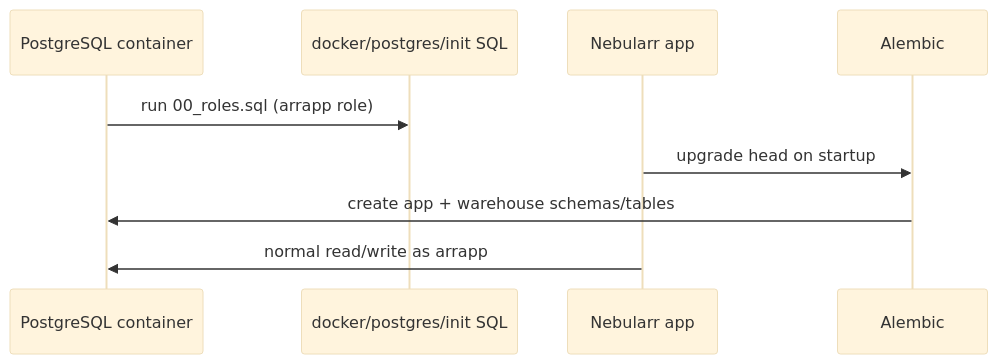
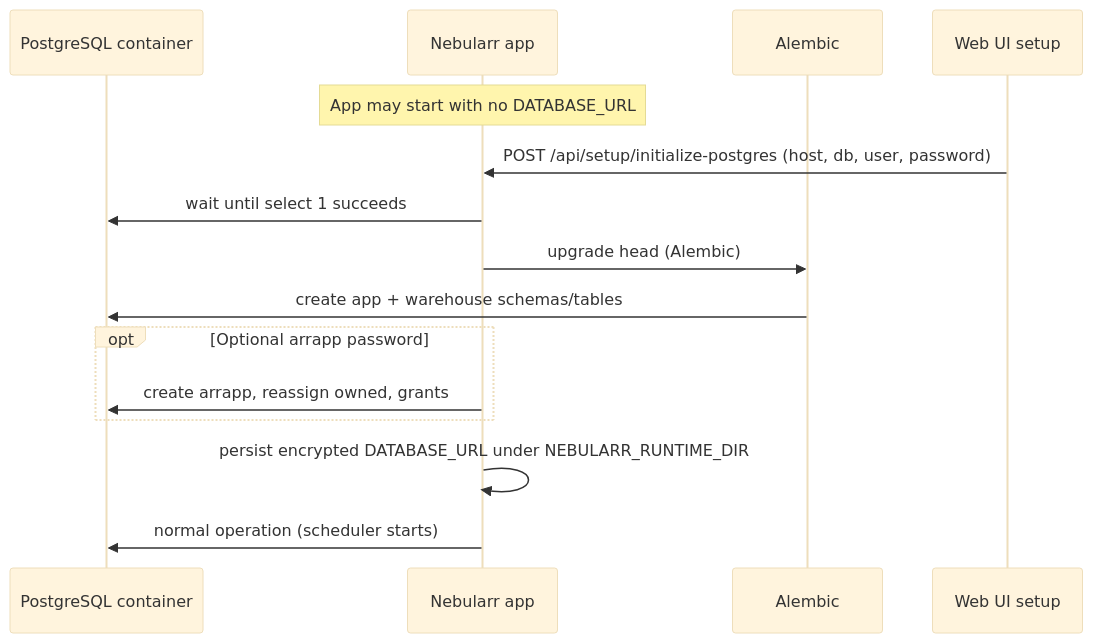
The diagram in docs/DB_BOOTSTRAP.md (dlommm/Nebularr), drawn with Mermaid (base theme) before and after one commit. The commit also changed other lines of this file and 46 other files, not shown here.

First line of the commit message:
feat: deferred Postgres bootstrap and optional bundled compose profile

````diff
--- a/docs/DB_BOOTSTRAP.md
+++ b/docs/DB_BOOTSTRAP.md
@@ -5,12 +5,18 @@
 ```mermaid
 sequenceDiagram
   participant PG as PostgreSQL container
-  participant Init as docker/postgres/init SQL
   participant App as Nebularr app
   participant Alb as Alembic
+  participant UI as Web UI setup
 
-  PG->>Init: run 00_roles.sql (arrapp role)
-  App->>Alb: upgrade head on startup
+  Note over App: App may start with no DATABASE_URL
+  UI->>App: POST /api/setup/initialize-postgres (host, db, user, password)
+  App->>PG: wait until select 1 succeeds
+  App->>Alb: upgrade head (Alembic)
   Alb->>PG: create app + warehouse schemas/tables
-  App->>PG: normal read/write as arrapp
+  opt Optional arrapp password
+    App->>PG: create arrapp, reassign owned, grants
+  end
+  App->>App: persist encrypted DATABASE_URL under NEBULARR_RUNTIME_DIR
+  App->>PG: normal operation (scheduler starts)
 ```
````
